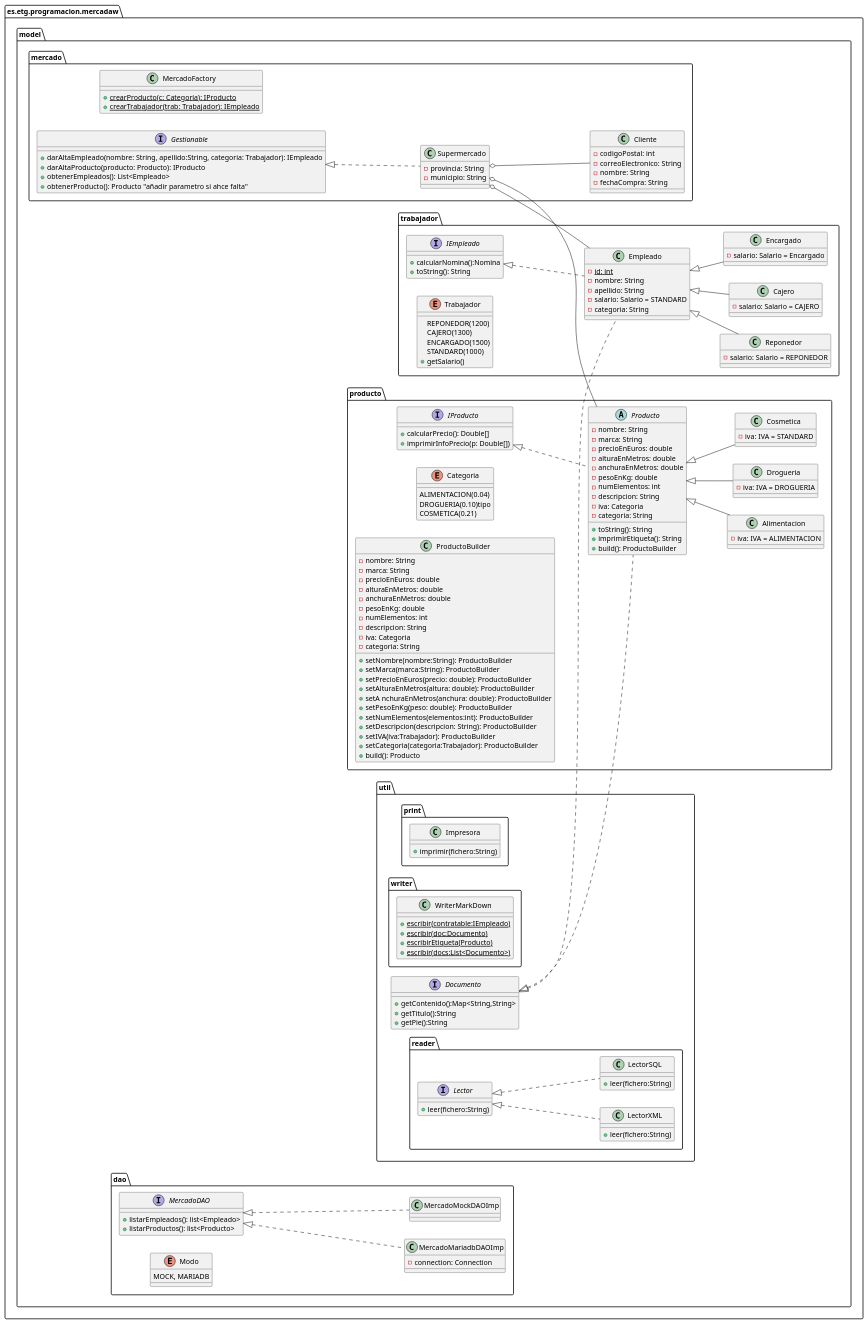
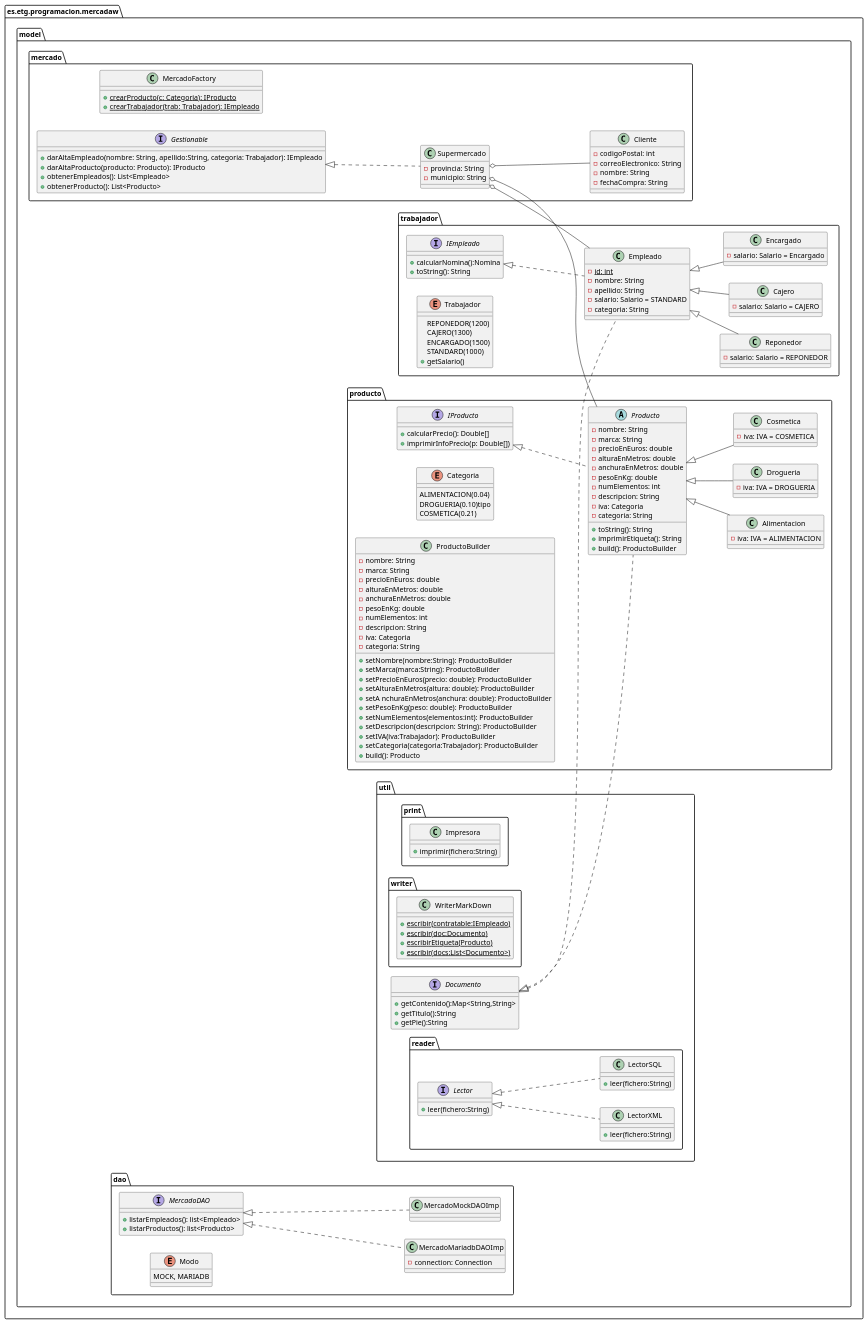
The first of 2 diagrams in design/DiagramaClases.pu (Edsonbs/MercaDAW), drawn with PlantUML before and after one commit.

Commit message:
correcion

```diff
--- a/design/DiagramaClases.pu
+++ b/design/DiagramaClases.pu
@@ -1,197 +1,197 @@
 @startuml Diagrama clases Mercado
 set separator none
 left to right direction
 package es.etg.programacion.mercadaw{
     package model{
         package mercado{
             class Supermercado{
                     -provincia: String
                     -municipio: String
             }       
 
             
             class Cliente{
                 -codigoPostal: int
                 -correoElectronico: String
                 -nombre: String
                 -fechaCompra: String
             }
             
             
             class MercadoFactory{
                 +{static}crearProducto(c: Categoria): IProducto
                 +{static}crearTrabajador(trab: Trabajador): IEmpleado
             }
             interface Gestionable{
                 +darAltaEmpleado(nombre: String, apellido:String, categoria: Trabajador): IEmpleado
                 +darAltaProducto(producto: Producto): IProducto
                 +obtenerEmpleados(): List<Empleado>
-                +obtenerProducto(): Producto "añadir parametro si ahce falta"
+                +obtenerProducto(): List<Producto>
 
             }
         }
         package producto{
             abstract Producto{
                 -nombre: String
                 -marca: String
                 -precioEnEuros: double
                 -alturaEnMetros: double
                 -anchuraEnMetros: double
                 -pesoEnKg: double
                 -numElementos: int
                 -descripcion: String
                 -iva: Categoria
                 -categoria: String
                 +toString(): String
                 +imprimirEtiqueta(): String
                 +build(): ProductoBuilder
             }
 
             interface IProducto{
                 +calcularPrecio(): Double[]
                 +imprimirInfoPrecio(p: Double[])
             }
                 
             class Alimentacion{
                 -iva: IVA = ALIMENTACION
             }
             class Drogueria{
                 -iva: IVA = DROGUERIA
             }
 
             class Cosmetica{
-                -iva: IVA = STANDARD
+                -iva: IVA = COSMETICA
             }
             enum Categoria{
                 ALIMENTACION(0.04)
                 DROGUERIA(0.10)tipo
                 COSMETICA(0.21)
 
             }
             class ProductoBuilder{
                 -nombre: String
                 -marca: String
                 -precioEnEuros: double
                 -alturaEnMetros: double
                 -anchuraEnMetros: double
                 -pesoEnKg: double
                 -numElementos: int
                 -descripcion: String
                 -iva: Categoria
                 -categoria: String
                 +setNombre(nombre:String): ProductoBuilder
                 +setMarca(marca:String): ProductoBuilder
                 +setPrecioEnEuros(precio: double): ProductoBuilder
                 +setAlturaEnMetros(altura: double): ProductoBuilder
                 +setA nchuraEnMetros(anchura: double): ProductoBuilder
                 +setPesoEnKg(peso: double): ProductoBuilder
                 +setNumElementos(elementos:int): ProductoBuilder
                 +setDescripcion(descripcion: String): ProductoBuilder
                 +setIVA(iva:Trabajador): ProductoBuilder
                 +setCategoria(categoria:Trabajador): ProductoBuilder
                 +build(): Producto
             }
         }
         package trabajador{
             class Empleado{
                 -{static} id: int
                 -nombre: String
                 -apellido: String
                 -salario: Salario = STANDARD
                 -categoria: String
             }
             class Reponedor{
                 -salario: Salario = REPONEDOR
             }
             class Cajero{
                 -salario: Salario = CAJERO
             }
             class Encargado{
                 -salario: Salario = Encargado
             }
 
             interface IEmpleado{
                 +calcularNomina():Nomina
                 +toString(): String
             }
             enum Trabajador {
                 REPONEDOR(1200)
                 CAJERO(1300)
                 ENCARGADO(1500)
                 STANDARD(1000)
                 +getSalario()
             }
             }
         
         package util{
             interface Documento{
                 +getContenido():Map<String,String>
                 +getTitulo():String
                 +getPie():String
             }
         package print{
             class Impresora{
                 +imprimir(fichero:String)
             }
             }
         package writer{
             class WriterMarkDown{
                 +{static}escribir(contratable:IEmpleado)
                 +{static}escribir(doc:Documento)
                 +{static}escribirEtiqueta(Producto)
                 +{static}escribir(docs:List<Documento>)
                 }
             }
         package reader{
             interface Lector{
                 +leer(fichero:String)
             }
             class LectorXML{
                 +leer(fichero:String)
             }
             class LectorSQL{
                 +leer(fichero:String)
             }
                 Lector <|.. LectorXML
                 Lector <|.. LectorSQL
             }
         Documento <|.. Producto
         Documento <|.. Empleado
         }
         package dao{
             interface MercadoDAO{
                 +listarEmpleados(): list<Empleado>
                 +listarProductos(): list<Producto>
 
             }
             class MercadoMariadbDAOImp{
                 -connection: Connection
             }
             class MercadoMockDAOImp{
 
             }
             enum Modo{
                 MOCK, MARIADB
             }
         
         MercadoDAO <|.. MercadoMariadbDAOImp
         MercadoDAO <|.. MercadoMockDAOImp
         }   
     }
 } 
 
 Supermercado o-- Producto
 Supermercado o-- Empleado
 Supermercado o-- Cliente
 IProducto <|.. Producto
 Producto <|-- Alimentacion
 Producto <|-- Drogueria
 Producto <|-- Cosmetica
 Empleado <|-- Reponedor
 Empleado <|-- Cajero
 Empleado <|-- Encargado
 Gestionable <|.. Supermercado
 IEmpleado <|.. Empleado
 
 
 @enduml
```
